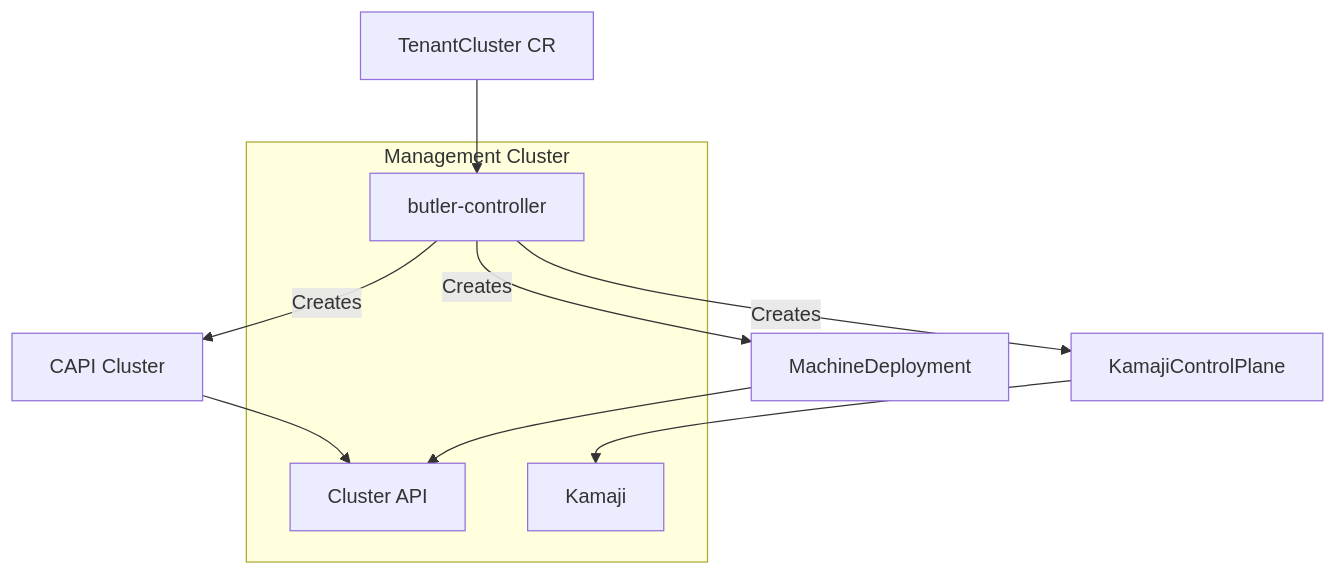
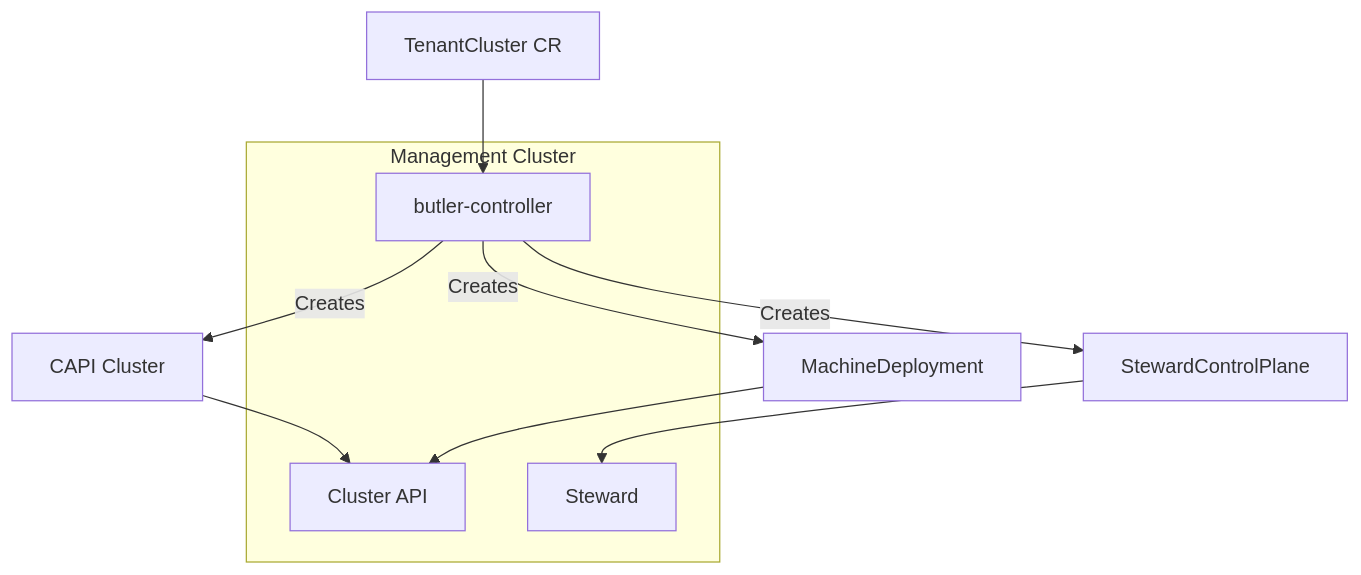
One commit to butlerdotdev/butler-cli changed the fourth of 5 diagrams in docs/architecture/DESIGN.md. Above: the diagram before and after it, drawn with Mermaid. The commit also changed other lines of this file and 9 other files, not shown here.

First line of the commit message:
refactor: migrate CLI references from Kamaji to Steward

````diff
--- a/docs/architecture/DESIGN.md
+++ b/docs/architecture/DESIGN.md
@@ -229,19 +229,19 @@
 ```mermaid
 flowchart TD
     subgraph MC[Management Cluster]
         BC[butler-controller]
         CAPI[Cluster API]
-        Kamaji[Kamaji]
+        Steward[Steward]
     end
     
     TC[TenantCluster CR]
     
     TC --> BC
     BC -->|Creates| Cluster[CAPI Cluster]
-    BC -->|Creates| KCP[KamajiControlPlane]
+    BC -->|Creates| KCP[StewardControlPlane]
     BC -->|Creates| MD[MachineDeployment]
     
     Cluster --> CAPI
-    KCP --> Kamaji
+    KCP --> Steward
     MD --> CAPI
 ```
````
